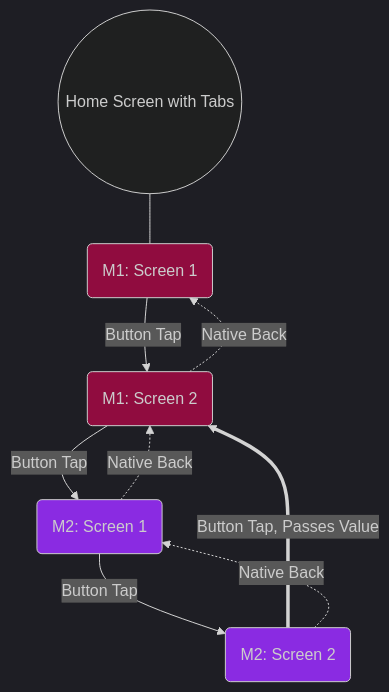
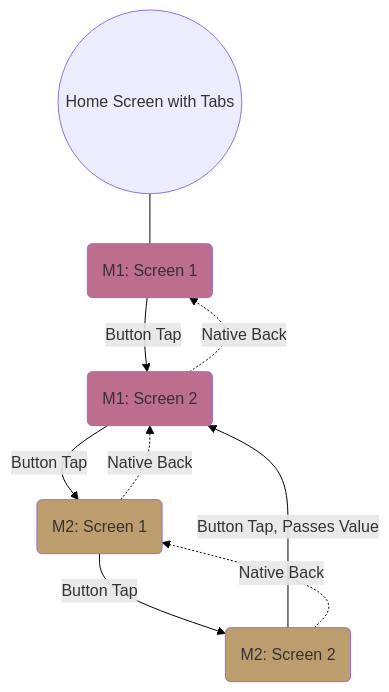
Before and after one commit to evandana/flutter-poc: the first of 2 diagrams in README.md, drawn with Mermaid. The commit also changed other lines of this file and 283 other files, not shown here.

Commit message:
updating github pages to include mermaid graphs

````diff
--- a/README.md
+++ b/README.md
@@ -14,18 +16,18 @@
 ```mermaid
-%%{init: {'theme':'dark'}}%%
-graph
+graph TD
     A((Home Screen with Tabs)) --- B(M1: Screen 1)
     B -- Button Tap --> C(M1: Screen 2)
     C -- Button Tap --> D(M2: Screen 1)
     D -- Button Tap --> E(M2: Screen 2)
     E == Button Tap, Passes Value ==> C
 
     C -. Native Back .-> B
     D -. Native Back .-> C
     E -. Native Back .-> D
 
-    style B fill:#900C3F
-    style C fill:#900C3F
-    style D fill:#8A2BE2
-    style E fill:#8A2BE2
+    style B fill:#BC6E8C
+    style C fill:#BC6E8C
+    style D fill:#BC9E6E
+    style E fill:#BC9E6E
+    linkStyle default stroke-width:1px,fill:none,stroke:black;
 ```
````
